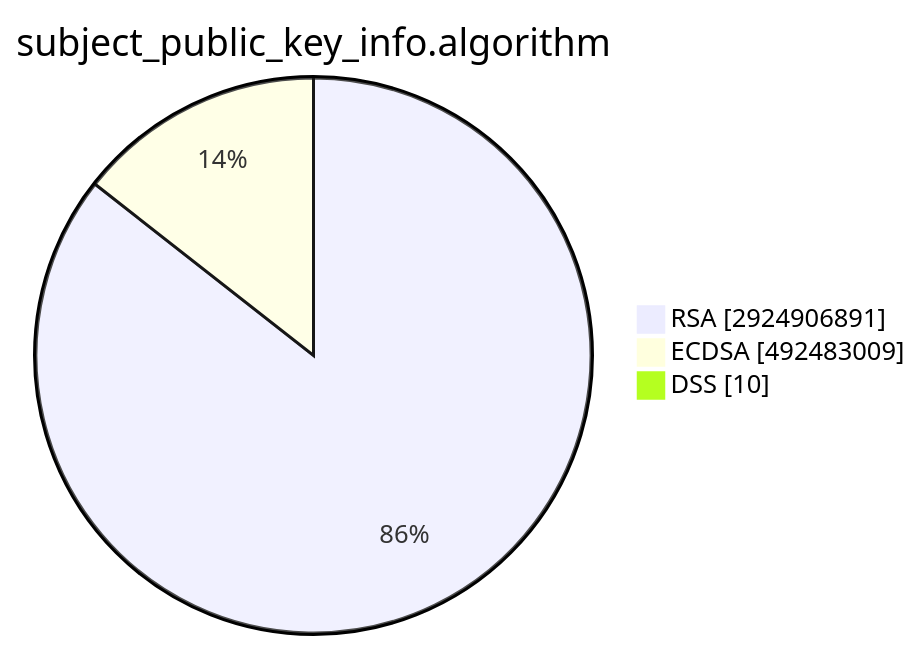
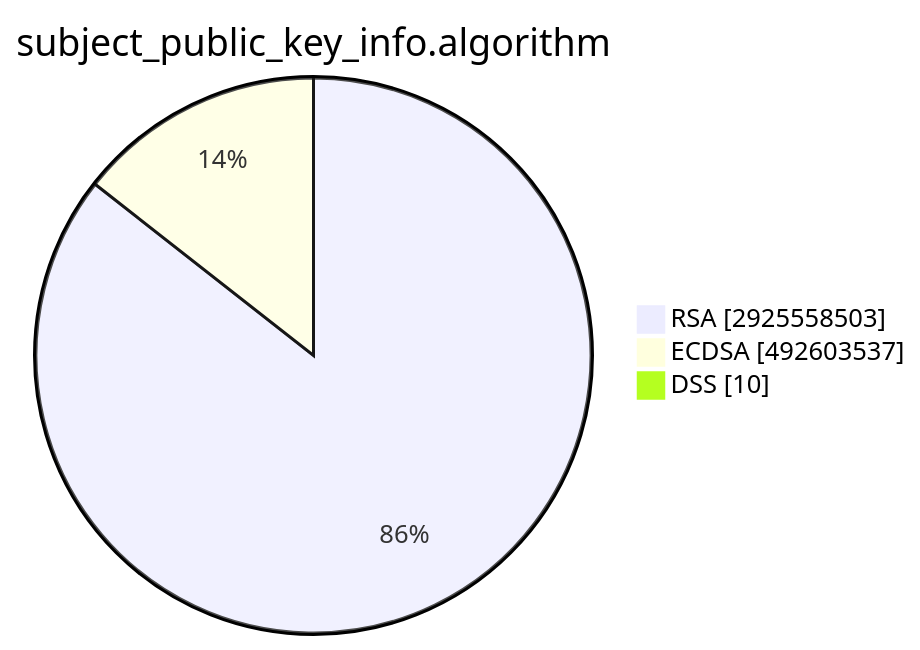
Before and after one commit to christiankrug/ctmonitor_visualization: the second of 15 diagrams in TOTAL/README.md, drawn with Mermaid. The commit also changed other lines of this file, not shown here.

````diff
--- a/TOTAL/README.md
+++ b/TOTAL/README.md
@@ -6,7 +6,7 @@
 ```mermaid
 pie showData
 title subject_public_key_info.algorithm
-"RSA" :2924906891
-"ECDSA" :492483009
+"RSA" :2925558503
+"ECDSA" :492603537
 "DSS" :10
 ```
````
